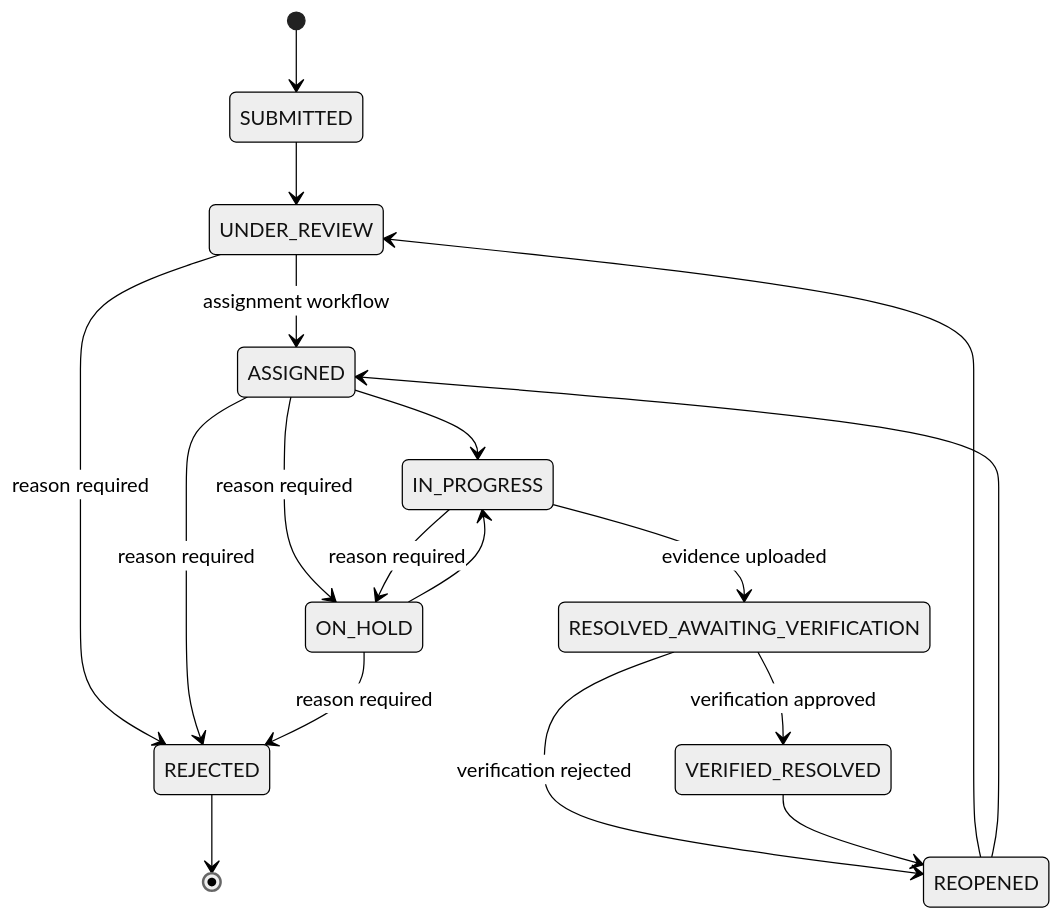
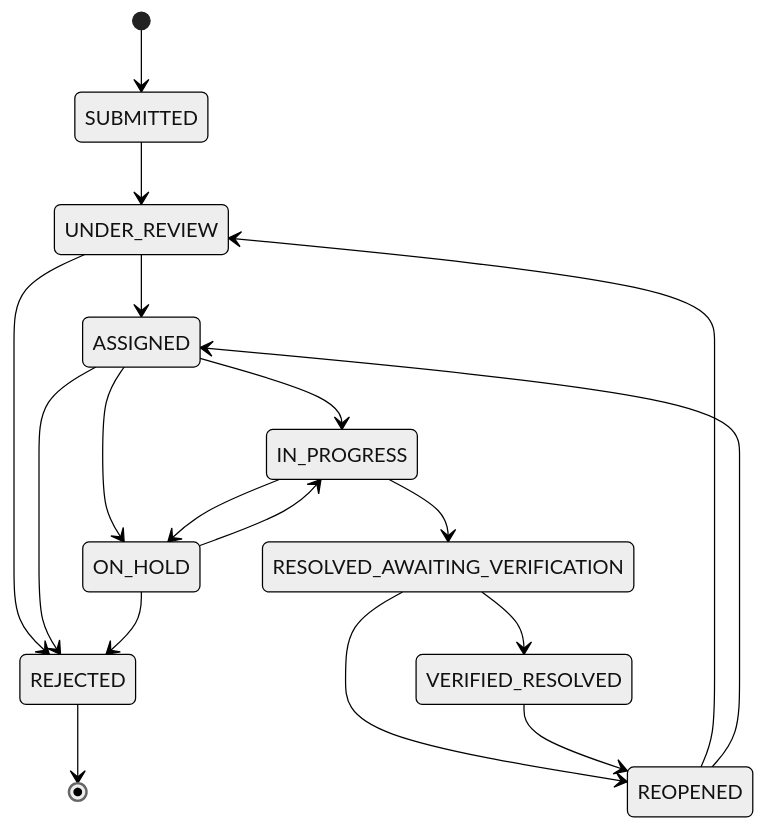
The second of 3 diagrams in README.md (thokasanjayteja014-star/CivicConnect), drawn with Mermaid (neutral theme) before and after one commit. The commit also changed other lines of this file, not shown here.

````diff
--- a/README.md
+++ b/README.md
@@ -422,20 +224,20 @@
 ```mermaid
 stateDiagram-v2
     [*] --> SUBMITTED
     SUBMITTED --> UNDER_REVIEW
-    UNDER_REVIEW --> ASSIGNED: assignment workflow
-    UNDER_REVIEW --> REJECTED: reason required
+    UNDER_REVIEW --> ASSIGNED
+    UNDER_REVIEW --> REJECTED
     ASSIGNED --> IN_PROGRESS
-    ASSIGNED --> ON_HOLD: reason required
-    ASSIGNED --> REJECTED: reason required
-    IN_PROGRESS --> ON_HOLD: reason required
-    IN_PROGRESS --> RESOLVED_AWAITING_VERIFICATION: evidence uploaded
+    ASSIGNED --> ON_HOLD
+    ASSIGNED --> REJECTED
+    IN_PROGRESS --> ON_HOLD
+    IN_PROGRESS --> RESOLVED_AWAITING_VERIFICATION
     ON_HOLD --> IN_PROGRESS
-    ON_HOLD --> REJECTED: reason required
-    RESOLVED_AWAITING_VERIFICATION --> VERIFIED_RESOLVED: verification approved
-    RESOLVED_AWAITING_VERIFICATION --> REOPENED: verification rejected
+    ON_HOLD --> REJECTED
+    RESOLVED_AWAITING_VERIFICATION --> VERIFIED_RESOLVED
+    RESOLVED_AWAITING_VERIFICATION --> REOPENED
     VERIFIED_RESOLVED --> REOPENED
     REOPENED --> UNDER_REVIEW
     REOPENED --> ASSIGNED
     REJECTED --> [*]
 ```
````
